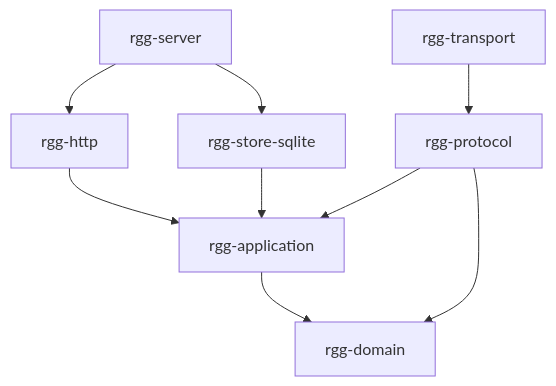
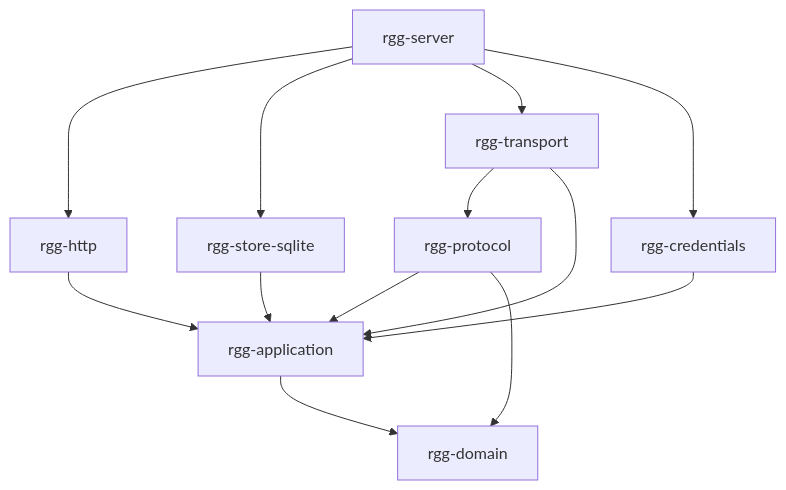
Before and after one commit to webs1821/retro-gadu: the diagram in README.md, drawn with Mermaid. The commit also changed other lines of this file and 6 other files, not shown here.

````diff
--- a/README.md
+++ b/README.md
@@ -129,11 +156,15 @@
 ```mermaid
 flowchart TD
     Server[rgg-server] --> HTTP[rgg-http]
     Server --> Store[rgg-store-sqlite]
+    Server --> Transport[rgg-transport]
+    Server --> Credentials[rgg-credentials]
     HTTP --> App[rgg-application]
     Store --> App
-    Transport[rgg-transport] --> Protocol[rgg-protocol]
+    Transport --> Protocol[rgg-protocol]
+    Transport --> App
+    Credentials --> App
     Protocol --> App
     Protocol --> Domain[rgg-domain]
     App --> Domain
 ```
````
